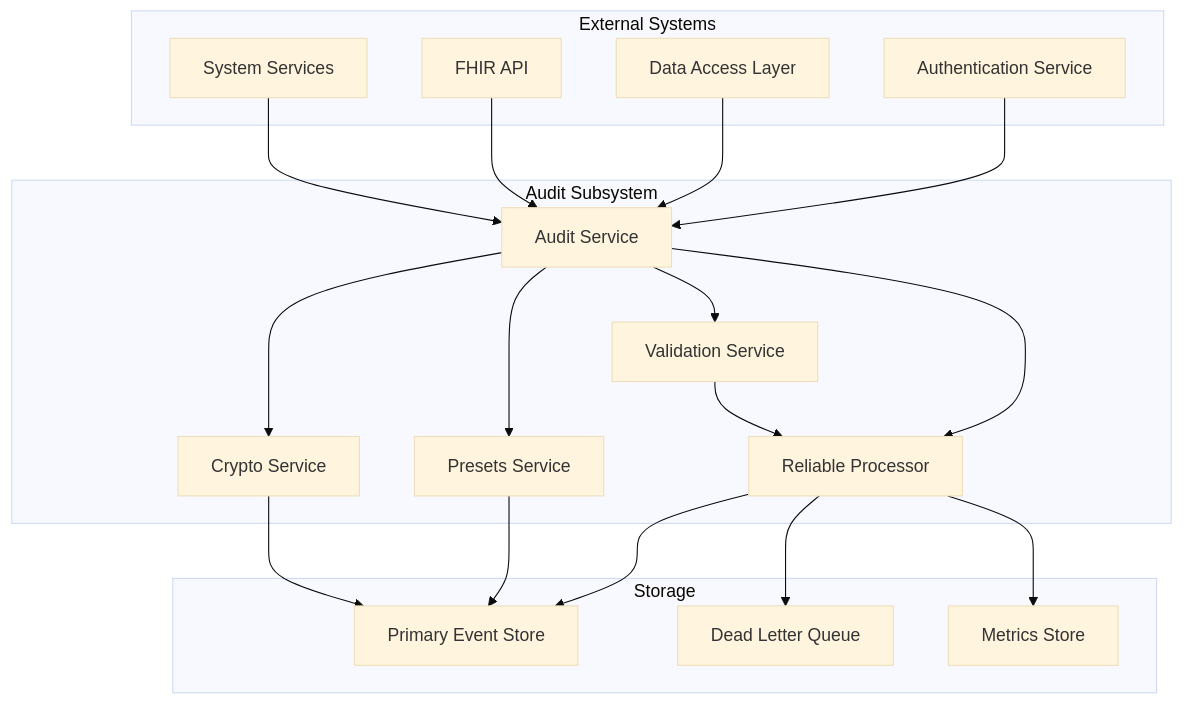
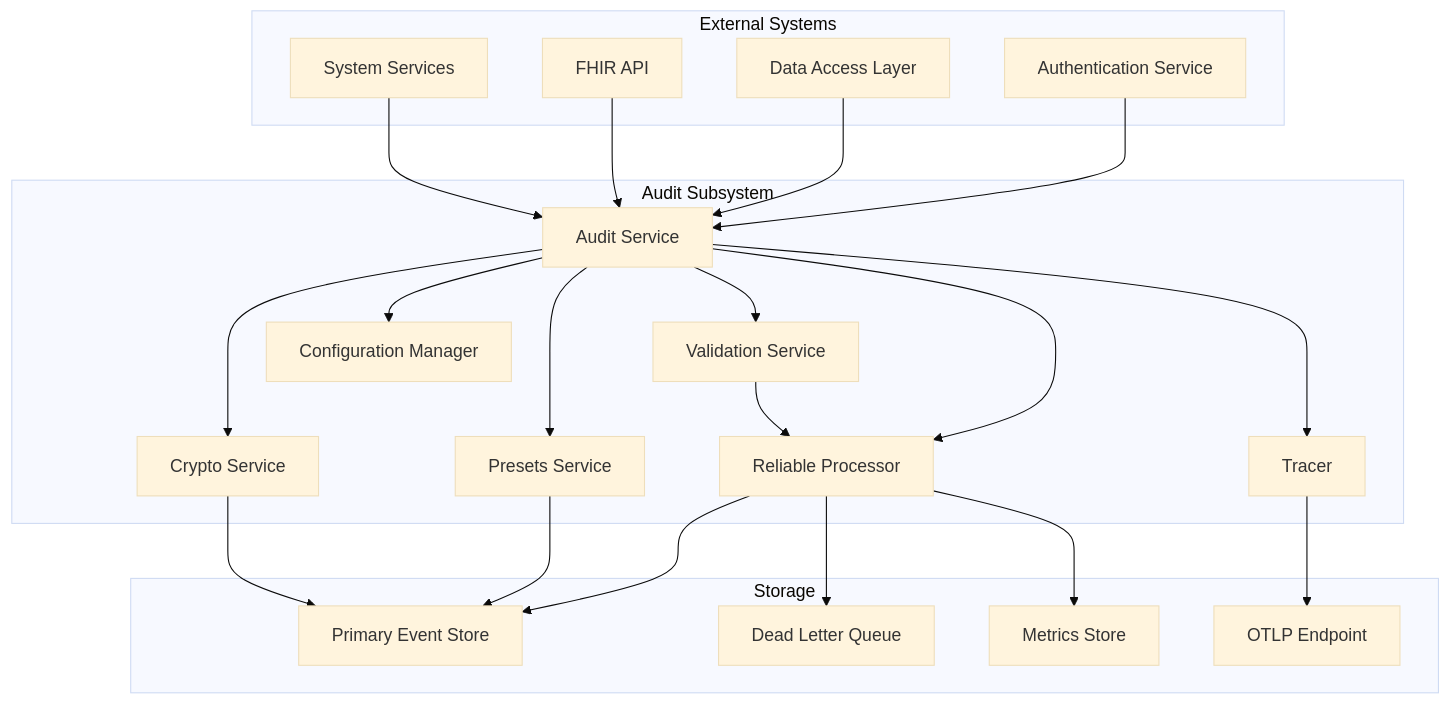
Before and after one commit to smedrec/smart-logs: diagram 11 of 16 in .qoder/repowiki/en/content/Audit Event Processing.md, drawn with Mermaid (base theme). The commit also changed other lines of this file and 21 other files, not shown here.

````diff
--- a/.qoder/repowiki/en/content/Audit Event Processing.md
+++ b/.qoder/repowiki/en/content/Audit Event Processing.md
@@ -369,35 +391,41 @@
 ```mermaid
 graph TD
 subgraph "External Systems"
 A[Authentication Service]
 B[Data Access Layer]
 C[FHIR API]
 D[System Services]
 end
 subgraph "Audit Subsystem"
 E[Audit Service]
 F[Reliable Processor]
 G[Presets Service]
 H[Crypto Service]
 I[Validation Service]
+J[Configuration Manager]
+K[Tracer]
 end
 subgraph "Storage"
-J[Primary Event Store]
-K[Dead Letter Queue]
-L[Metrics Store]
+L[Primary Event Store]
+M[Dead Letter Queue]
+N[Metrics Store]
+O[OTLP Endpoint]
 end
 A --> E
 B --> E
 C --> E
 D --> E
 E --> F
 E --> G
 E --> H
 E --> I
-F --> J
-F --> K
+E --> J
+E --> K
 F --> L
-G --> J
-H --> J
+F --> M
+F --> N
+K --> O
+G --> L
+H --> L
 I --> F
 ```
````
